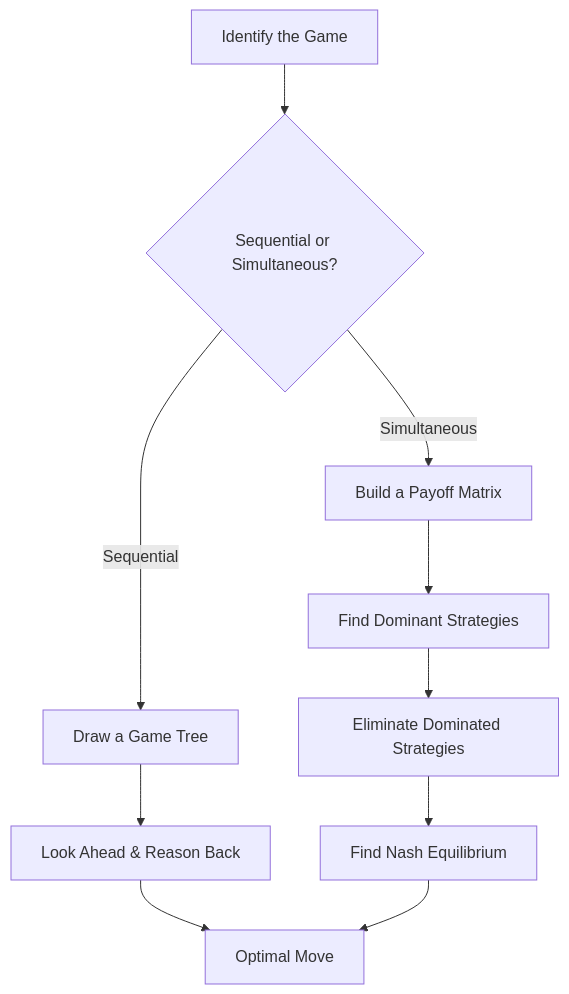
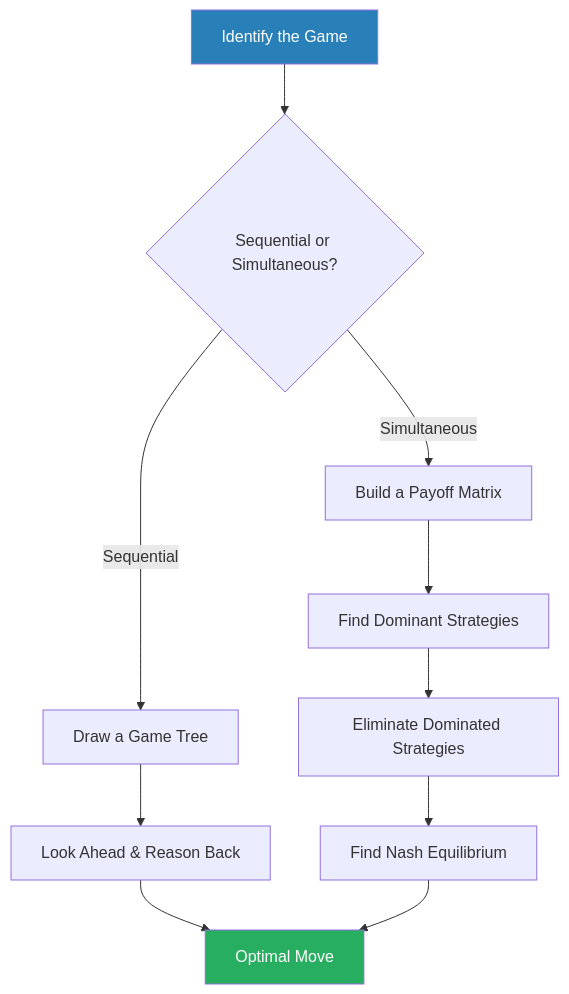
Before and after one commit to alius33/reader: the first of 7 diagrams in summaries/Strategy & Systems Thinking/Thinking Strategically - Avinash K. Dixit & Barry J. Nalebuff.md, drawn with Mermaid. The commit also changed other lines of this file and 272 other files, not shown here.

````diff
--- a/summaries/Strategy & Systems Thinking/Thinking Strategically - Avinash K. Dixit & Barry J. Nalebuff.md
+++ b/summaries/Strategy & Systems Thinking/Thinking Strategically - Avinash K. Dixit & Barry J. Nalebuff.md
@@ -48,12 +55,14 @@
 ```mermaid
 flowchart TD
     A[Identify the Game] --> B{Sequential or Simultaneous?}
     B -->|Sequential| C[Draw a Game Tree]
     C --> D[Look Ahead & Reason Back]
     B -->|Simultaneous| E[Build a Payoff Matrix]
     E --> F[Find Dominant Strategies]
     F --> G[Eliminate Dominated Strategies]
     G --> H[Find Nash Equilibrium]
     D --> I[Optimal Move]
     H --> I
+    style A fill:#2980b9,color:#fff
+    style I fill:#27ae60,color:#fff
 ```
````
